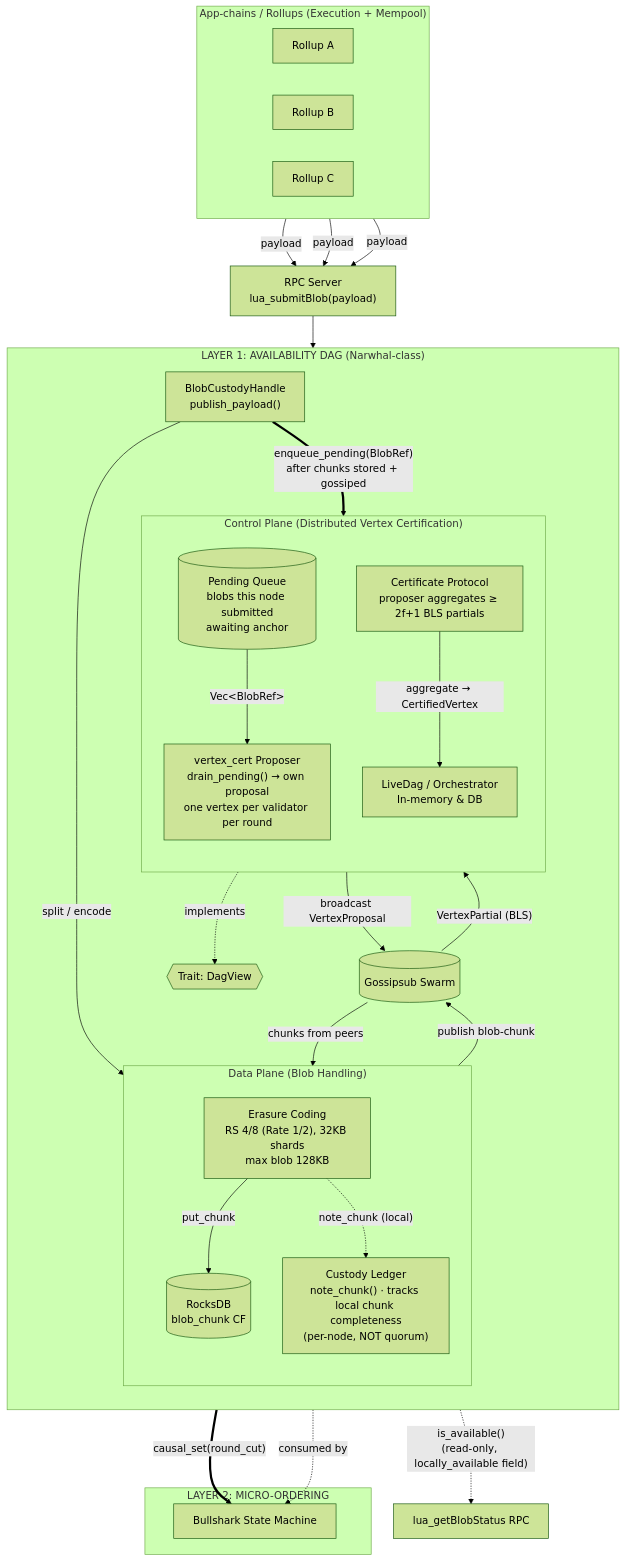
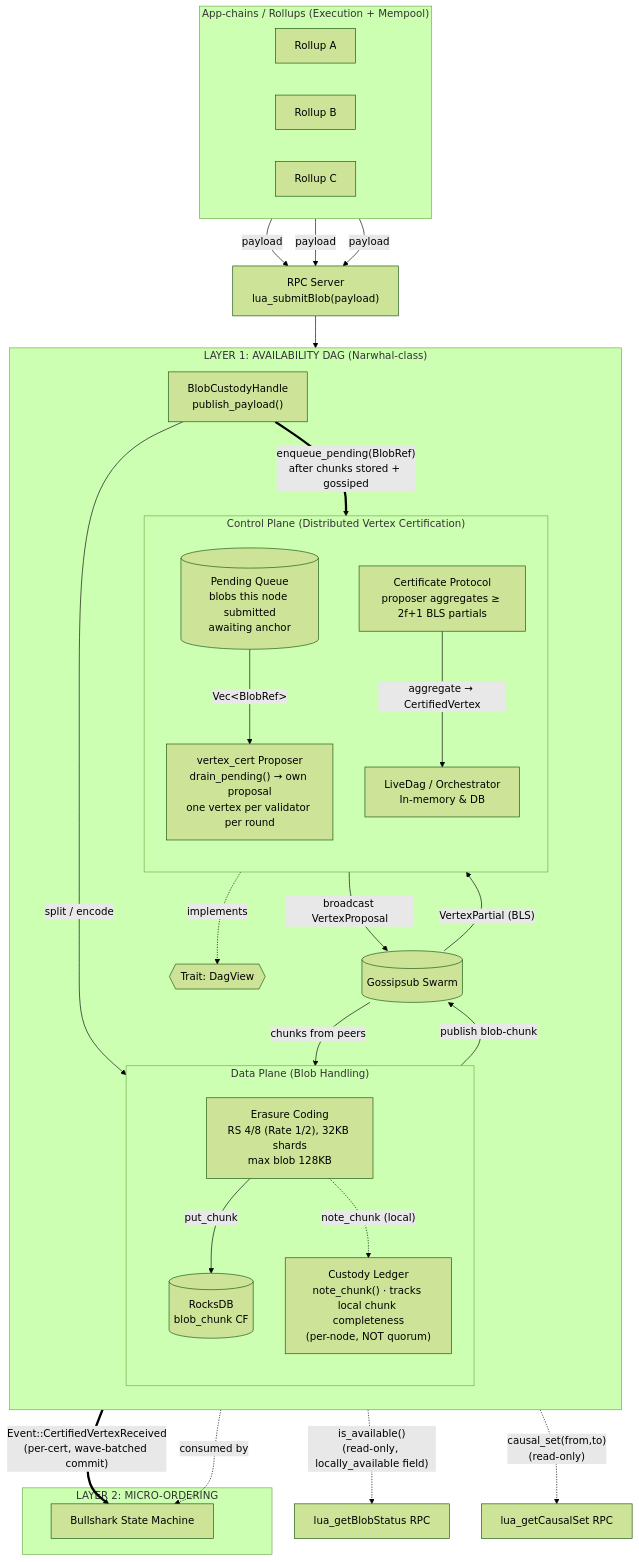
One commit to scriptkid23/lua-dag-consensus changed the diagram in docs/architecture/layer-1.md. Above: the diagram before and after it, drawn with Mermaid (forest theme).

Commit message:
Update Layer 1 documentation to clarify event flow and RPC interactions
This commit modifies the Layer 1 architecture documentation to enhance clarity regarding the flow of events between components. The label for the transition from LiveDag to Bullshark has been updated to specify the event type as "Event::CertifiedVertexReceived" with additional context on the batching process. Furthermore, a new read-only causal set interaction with the RPCCausal RPC is introduced, improving the documentation's comprehensiveness and accuracy.

````diff
--- a/docs/architecture/layer-1.md
+++ b/docs/architecture/layer-1.md
@@ -3,67 +3,68 @@
 ```mermaid
 flowchart TD
     subgraph Rollups["App-chains / Rollups (Execution + Mempool)"]
         direction LR
         RA["Rollup A"]
         RB["Rollup B"]
         RC["Rollup C"]
     end
 
     RPC["RPC Server<br/>lua_submitBlob(payload)"]
 
     subgraph Layer1["LAYER 1: AVAILABILITY DAG (Narwhal-class)"]
         direction TB
 
         BCH["BlobCustodyHandle<br/>publish_payload()"]
         Gossip[("Gossipsub Swarm")]
 
         subgraph DataPlane["Data Plane (Blob Handling)"]
             direction TB
             RS["Erasure Coding<br/>RS 4/8 (Rate 1/2), 32KB shards<br/>max blob 128KB"]
             DB[("RocksDB<br/>blob_chunk CF")]
             Ledger["Custody Ledger<br/>note_chunk() · tracks local chunk completeness<br/>(per-node, NOT quorum)"]
         end
 
         subgraph ControlPlane["Control Plane (Distributed Vertex Certification)"]
             direction TB
             PQ[("Pending Queue<br/>blobs this node submitted<br/>awaiting anchor")]
             Proposer["vertex_cert Proposer<br/>drain_pending() → own proposal<br/>one vertex per validator per round"]
             CertBuilder["Certificate Protocol<br/>proposer aggregates ≥ 2f+1 BLS partials"]
             LiveDag["LiveDag / Orchestrator<br/>In-memory & DB"]
         end
 
         DagView{{"Trait: DagView"}}
     end
 
     subgraph Layer2["LAYER 2: MICRO-ORDERING"]
         Bullshark["Bullshark State Machine"]
     end
 
     %% Ingress
     RA -->|"payload"| RPC
     RB -->|"payload"| RPC
     RC -->|"payload"| RPC
     RPC --> BCH
 
     %% Data plane: chunks fan out, then BCH enqueues directly
     BCH -->|"split / encode"| RS
     RS -->|"put_chunk"| DB
     RS -->|"publish blob-chunk"| Gossip
     BCH ==>|"enqueue_pending(BlobRef)<br/>after chunks stored + gossiped"| PQ
 
     %% Ledger is fed by BOTH local publish and gossip ingest
     RS -.->|"note_chunk (local)"| Ledger
     Gossip -->|"chunks from peers"| Ledger
     Ledger -.->|"is_available()<br/>(read-only, locally_available field)"| RPCStatus["lua_getBlobStatus RPC"]
 
     %% Control plane
     PQ -->|"Vec&lt;BlobRef&gt;"| Proposer
     Proposer -->|"broadcast VertexProposal"| Gossip
     Gossip -->|"VertexPartial (BLS)"| CertBuilder
     CertBuilder -->|"aggregate → CertifiedVertex"| LiveDag
 
     %% Layer 1 → Layer 2
-    LiveDag ==>|"causal_set(round_cut)"| Bullshark
+    LiveDag ==>|"Event::CertifiedVertexReceived<br/>(per-cert, wave-batched commit)"| Bullshark
+    LiveDag -.->|"causal_set(from,to)<br/>(read-only)"| RPCCausal["lua_getCausalSet RPC"]
     LiveDag -.->|"implements"| DagView
     DagView -.->|"consumed by"| Bullshark
 ```
````
